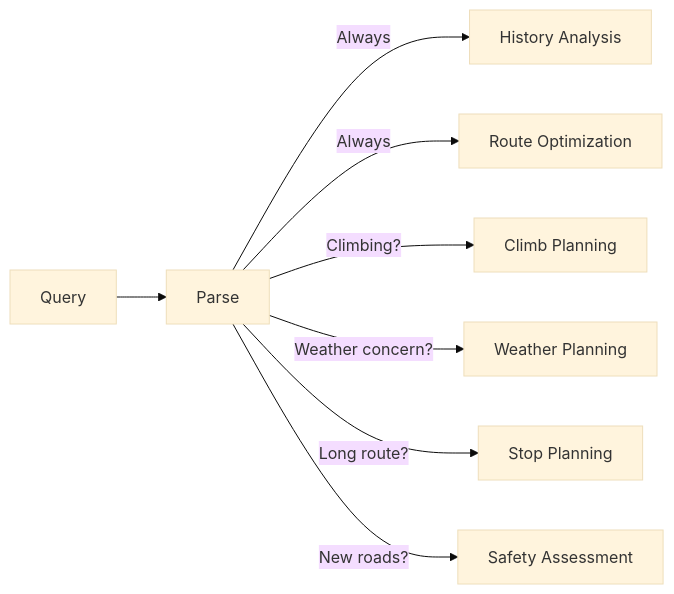
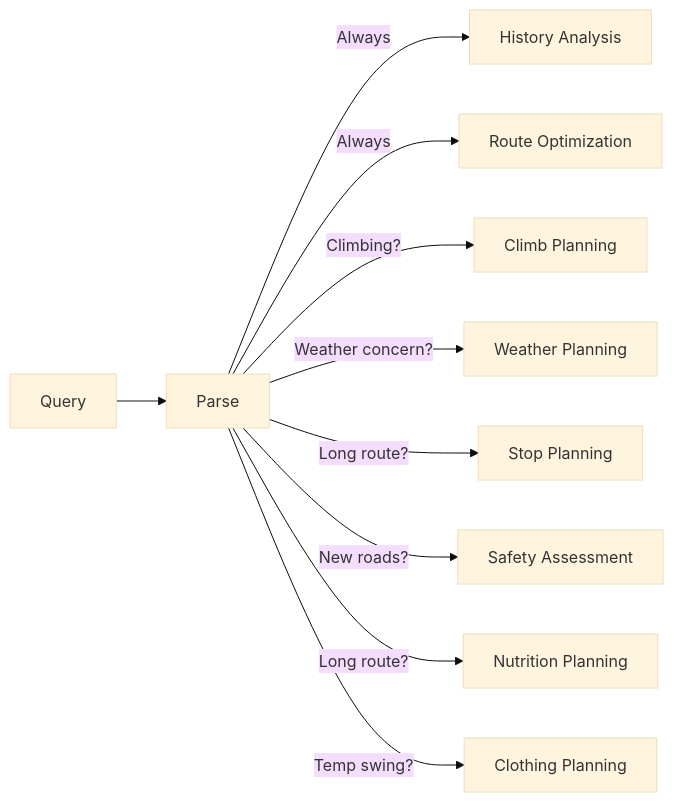
The third of 6 diagrams in docs/architecture.md (bendrucker/route-agent), drawn with Mermaid (base theme) before and after one commit. The commit also changed other lines of this file and 10 other files, not shown here.

First line of the commit message:
Add Nutrition Planning and Clothing Planning skills

````diff
--- a/docs/architecture.md
+++ b/docs/architecture.md
@@ -134,10 +153,12 @@
 ```mermaid
 flowchart LR
     Query --> Parse
     Parse --> |Always| History[History Analysis]
     Parse --> |Always| Route[Route Optimization]
     Parse --> |Climbing?| Climb[Climb Planning]
     Parse --> |Weather concern?| Weather[Weather Planning]
     Parse --> |Long route?| Stops[Stop Planning]
     Parse --> |New roads?| Safety[Safety Assessment]
+    Parse --> |Long route?| Nutrition[Nutrition Planning]
+    Parse --> |Temp swing?| Clothing[Clothing Planning]
 ```
````
